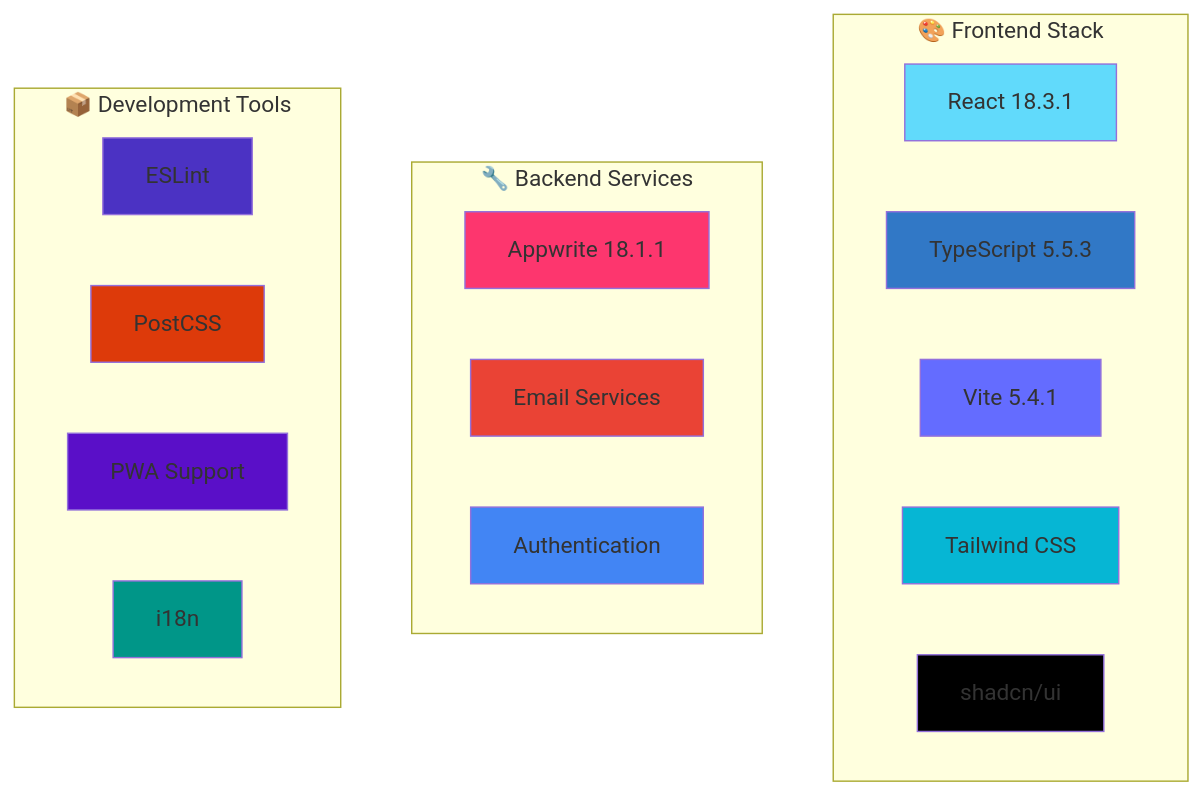
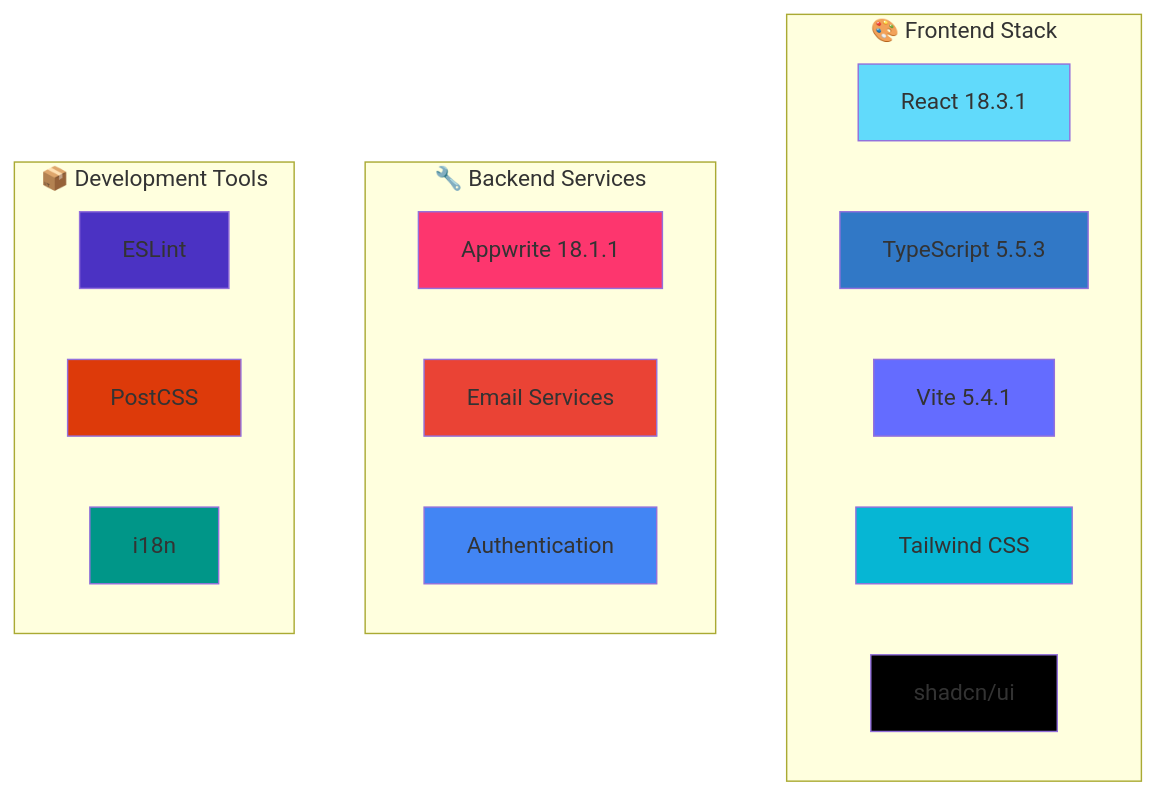
Before and after one commit to ansonlo-dev/LingUBible: the first of 2 diagrams in README.md, drawn with Mermaid. The commit also changed other lines of this file and 2 other files, not shown here.

Commit message:
fix: improve README layout and fix broken shields - Reduce logo width to 50% for better visual balance - Remove PWA references from tech stack and mermaid diagrams since PWA is not currently available - Replace broken tokei shield with GitHub code size shield - Fix remaining GitHub repository URLs in all language READMEs - Ensure consistent content across English, Traditional Chinese, and Simplified Chinese versions

````diff
--- a/README.md
+++ b/README.md
@@ -125,36 +124,34 @@
 ```mermaid
 graph TD
     subgraph "🎨 Frontend Stack"
         A[React 18.3.1]
         B[TypeScript 5.5.3]
         C[Vite 5.4.1]
         D[Tailwind CSS]
         E[shadcn/ui]
     end
     
     subgraph "🔧 Backend Services"
         F[Appwrite 18.1.1]
         G[Email Services]
         H[Authentication]
     end
     
     subgraph "📦 Development Tools"
         I[ESLint]
         J[PostCSS]
-        K[PWA Support]
-        L[i18n]
+        K[i18n]
     end
     
     style A fill:#61dafb
     style B fill:#3178c6
     style C fill:#646cff
     style D fill:#06b6d4
     style E fill:#000000
     style F fill:#fd366e
     style G fill:#ea4335
     style H fill:#4285f4
     style I fill:#4b32c3
     style J fill:#dd3a0a
-    style K fill:#5a0fc8
-    style L fill:#009688
+    style K fill:#009688
 ```
````
